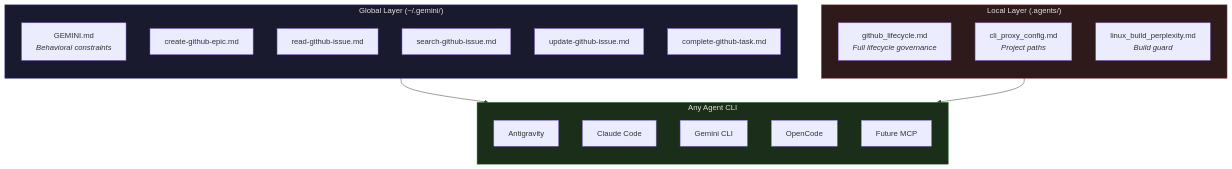
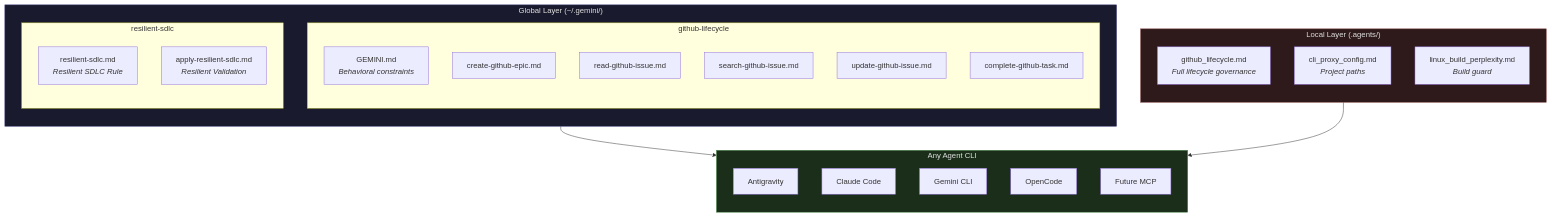
Before and after one commit to billythekidz/agents-github-planner-skill: the third of 4 diagrams in ARCHITECTURE.md, drawn with Mermaid. The commit also changed other lines of this file and 13 other files, not shown here.

Commit message:
feat: add Resilient SDLC documentation, rules, and skill definition for SOLID-based impact scope reduction

````diff
--- a/ARCHITECTURE.md
+++ b/ARCHITECTURE.md
@@ -115,35 +116,43 @@
 ```mermaid
 flowchart TB
     subgraph GLOBAL["Global Layer (~/.gemini/)"]
         direction TB
-        G1["GEMINI.md<br><i>Behavioral constraints</i>"]
-        G2["create-github-epic.md"]
-        G3["read-github-issue.md"]
-        G4["search-github-issue.md"]
-        G5["update-github-issue.md"]
-        G6["complete-github-task.md"]
+        subgraph MODULE1["github-lifecycle"]
+            direction TB
+            G1["GEMINI.md<br><i>Behavioral constraints</i>"]
+            G2["create-github-epic.md"]
+            G3["read-github-issue.md"]
+            G4["search-github-issue.md"]
+            G5["update-github-issue.md"]
+            G6["complete-github-task.md"]
+        end
+        subgraph MODULE2["resilient-sdlc"]
+            direction TB
+            G7["resilient-sdlc.md<br><i>Resilient SDLC Rule</i>"]
+            G8["apply-resilient-sdlc.md<br><i>Resilient Validation</i>"]
+        end
     end
 
     subgraph LOCAL["Local Layer (.agents/)"]
         direction TB
         L1["github_lifecycle.md<br><i>Full lifecycle governance</i>"]
         L2["cli_proxy_config.md<br><i>Project paths</i>"]
         L3["linux_build_perplexity.md<br><i>Build guard</i>"]
     end
 
     subgraph AGENT["Any Agent CLI"]
         direction TB
         A1["Antigravity"]
         A2["Claude Code"]
         A3["Gemini CLI"]
         A4["OpenCode"]
         A5["Future MCP"]
     end
 
     GLOBAL --> AGENT
     LOCAL --> AGENT
 
     style GLOBAL fill:#1a1a2e,color:#e0e0e0,stroke:#4a4a8a
     style LOCAL fill:#2e1a1a,color:#e0e0e0,stroke:#8a4a4a
     style AGENT fill:#1a2e1a,color:#e0e0e0,stroke:#4a8a4a
 ```
````
